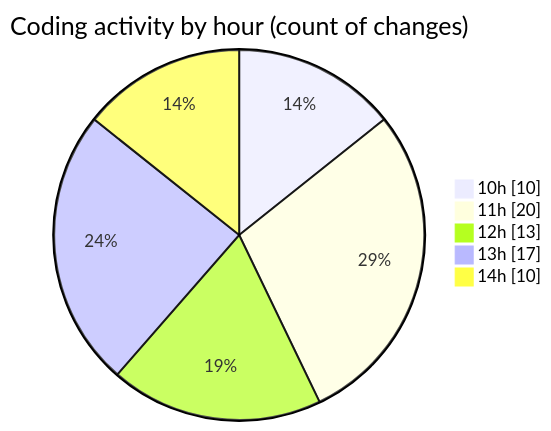
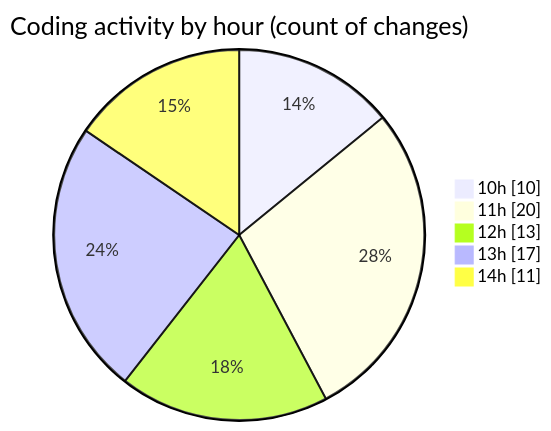
One commit to BS-eng2023/code-tracking changed the second of 2 diagrams in 2025-03-31/jsvms/README.md. Above: the diagram before and after it, drawn with Mermaid. The commit also changed other lines of this file and 1 other file, not shown here.

````diff
--- a/2025-03-31/jsvms/README.md
+++ b/2025-03-31/jsvms/README.md
@@ -57,9 +57,9 @@
 ```mermaid
 pie showData
 title Coding activity by hour (count of changes)
 "10h" : 10
 "11h" : 20
 "12h" : 13
 "13h" : 17
-"14h" : 10
+"14h" : 11
 ```
````
